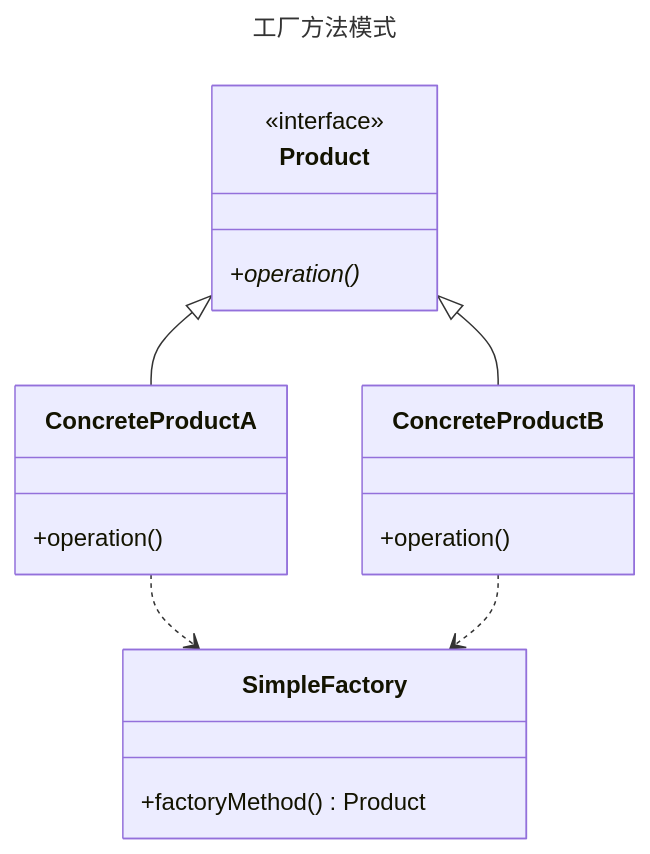
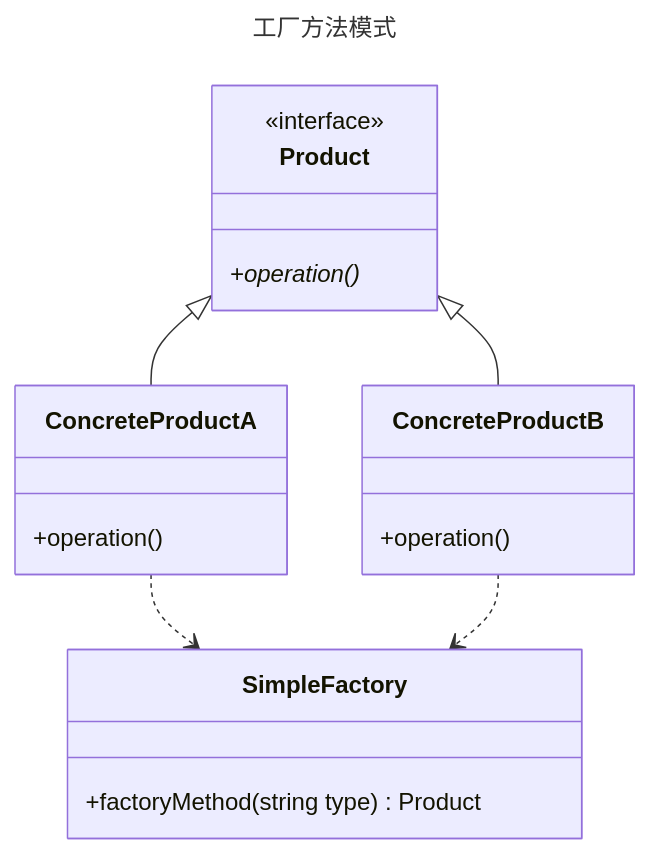
Before and after one commit to fengyun89/typescript-design-patterns: the diagram in simple-factory/README.md, drawn with Mermaid. The commit also changed 2 other files, not shown here.

Commit message:
✅单例模式

````diff
--- a/simple-factory/README.md
+++ b/simple-factory/README.md
@@ -1,23 +1,23 @@
 ```mermaid
 ---
 title: 工厂方法模式
 ---
 classDiagram
     class Product {
         <<interface>>
         +operation()*
     }
     class ConcreteProductA {
         +operation()
     }
     class ConcreteProductB {
         +operation()
     }
     class SimpleFactory {
-        +factoryMethod() Product
+        +factoryMethod(string type) Product
     }
     Product <|-- ConcreteProductA 
     Product <|-- ConcreteProductB 
     ConcreteProductA ..> SimpleFactory 
     ConcreteProductB ..> SimpleFactory 
 ```
````
